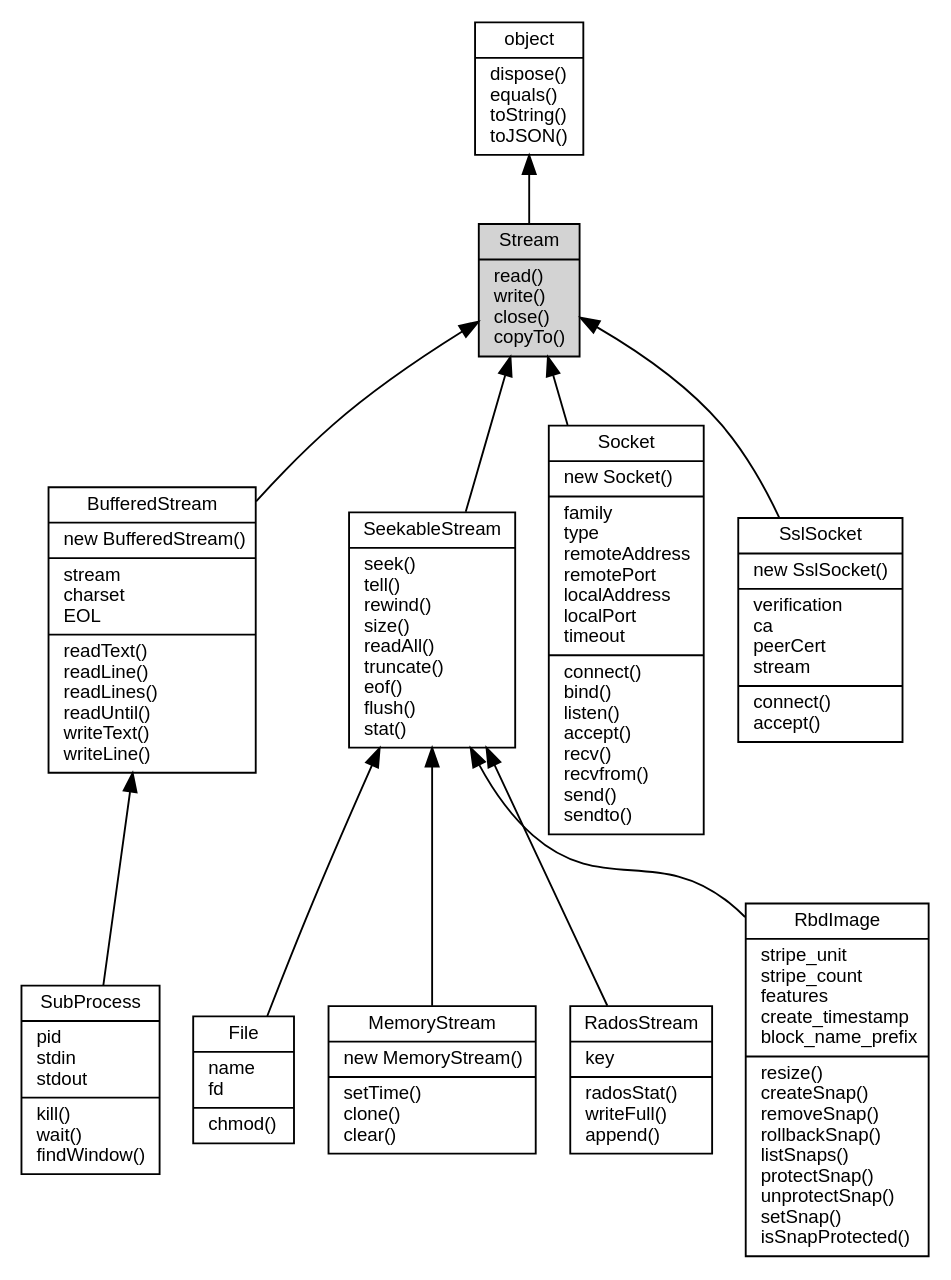
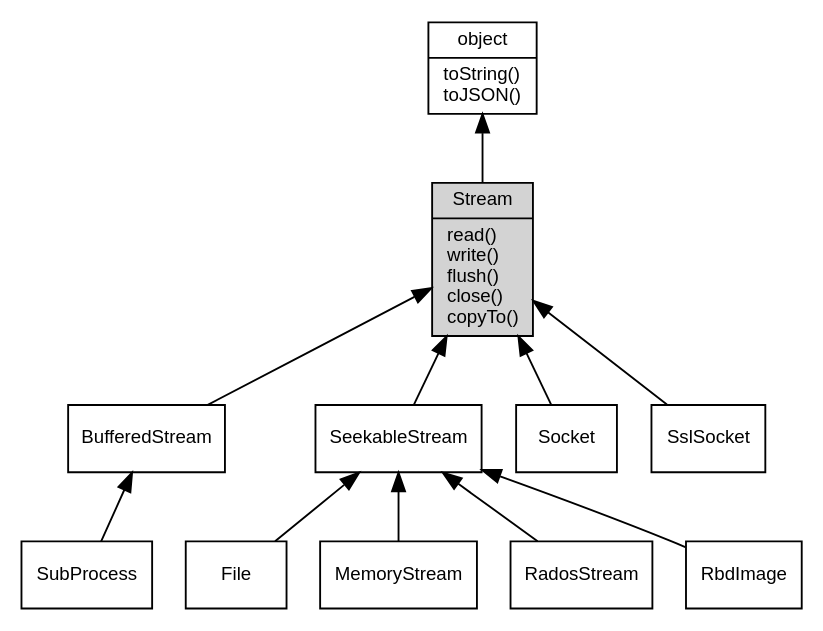
Before and after one commit to asionius/fibjs-ceph: the diagram in docs/object/ifs/Stream.md, drawn with Graphviz. The commit also changed other lines of this file and 138 other files, not shown here.

````diff
--- a/docs/object/ifs/Stream.md
+++ b/docs/object/ifs/Stream.md
@@ -7,28 +7,28 @@
 ```dot
 digraph {
     node [fontname="Helvetica,sans-Serif", fontsize=10, shape="record", style="filled", fillcolor="white"];
 
-    object [tooltip="object", URL="object.md", label="{object|dispose()\lequals()\ltoString()\ltoJSON()\l}"];
-    Stream [tooltip="Stream", fillcolor="lightgray", label="{Stream|read()\lwrite()\lclose()\lcopyTo()\l}"];
-    BufferedStream [tooltip="BufferedStream", URL="BufferedStream.md", label="{BufferedStream|new BufferedStream()\l|stream\lcharset\lEOL\l|readText()\lreadLine()\lreadLines()\lreadUntil()\lwriteText()\lwriteLine()\l}"];
-    SubProcess [tooltip="SubProcess", URL="SubProcess.md", label="{SubProcess|pid\lstdin\lstdout\l|kill()\lwait()\lfindWindow()\l}"];
-    SeekableStream [tooltip="SeekableStream", URL="SeekableStream.md", label="{SeekableStream|seek()\ltell()\lrewind()\lsize()\lreadAll()\ltruncate()\leof()\lflush()\lstat()\l}"];
-    File [tooltip="File", URL="File.md", label="{File|name\lfd\l|chmod()\l}"];
-    MemoryStream [tooltip="MemoryStream", URL="MemoryStream.md", label="{MemoryStream|new MemoryStream()\l|setTime()\lclone()\lclear()\l}"];
-    RadosStream [tooltip="RadosStream", URL="RadosStream.md", label="{RadosStream|key\l|radosStat()\lwriteFull()\lappend()\l}"];
-    RbdImage [tooltip="RbdImage", URL="RbdImage.md", label="{RbdImage|stripe_unit\lstripe_count\lfeatures\lcreate_timestamp\lblock_name_prefix\l|resize()\lcreateSnap()\lremoveSnap()\lrollbackSnap()\llistSnaps()\lprotectSnap()\lunprotectSnap()\lsetSnap()\lisSnapProtected()\l}"];
-    Socket [tooltip="Socket", URL="Socket.md", label="{Socket|new Socket()\l|family\ltype\lremoteAddress\lremotePort\llocalAddress\llocalPort\ltimeout\l|connect()\lbind()\llisten()\laccept()\lrecv()\lrecvfrom()\lsend()\lsendto()\l}"];
-    SslSocket [tooltip="SslSocket", URL="SslSocket.md", label="{SslSocket|new SslSocket()\l|verification\lca\lpeerCert\lstream\l|connect()\laccept()\l}"];
+    object [tooltip="object", URL="object.md", label="{object|toString()\ltoJSON()\l}"];
+    Stream [tooltip="Stream", fillcolor="lightgray", id="me", label="{Stream|read()\lwrite()\lflush()\lclose()\lcopyTo()\l}"];
+    BufferedStream [tooltip="BufferedStream", URL="BufferedStream.md", label="{BufferedStream}"];
+    SubProcess [tooltip="SubProcess", URL="SubProcess.md", label="{SubProcess}"];
+    SeekableStream [tooltip="SeekableStream", URL="SeekableStream.md", label="{SeekableStream}"];
+    File [tooltip="File", URL="File.md", label="{File}"];
+    MemoryStream [tooltip="MemoryStream", URL="MemoryStream.md", label="{MemoryStream}"];
+    RadosStream [tooltip="RadosStream", URL="RadosStream.md", label="{RadosStream}"];
+    RbdImage [tooltip="RbdImage", URL="RbdImage.md", label="{RbdImage}"];
+    Socket [tooltip="Socket", URL="Socket.md", label="{Socket}"];
+    SslSocket [tooltip="SslSocket", URL="SslSocket.md", label="{SslSocket}"];
 
     object -> Stream [dir=back];
     Stream -> BufferedStream [dir=back];
     BufferedStream -> SubProcess [dir=back];
     Stream -> SeekableStream [dir=back];
     SeekableStream -> File [dir=back];
     SeekableStream -> MemoryStream [dir=back];
     SeekableStream -> RadosStream [dir=back];
     SeekableStream -> RbdImage [dir=back];
     Stream -> Socket [dir=back];
     Stream -> SslSocket [dir=back];
 }
 ```
````
